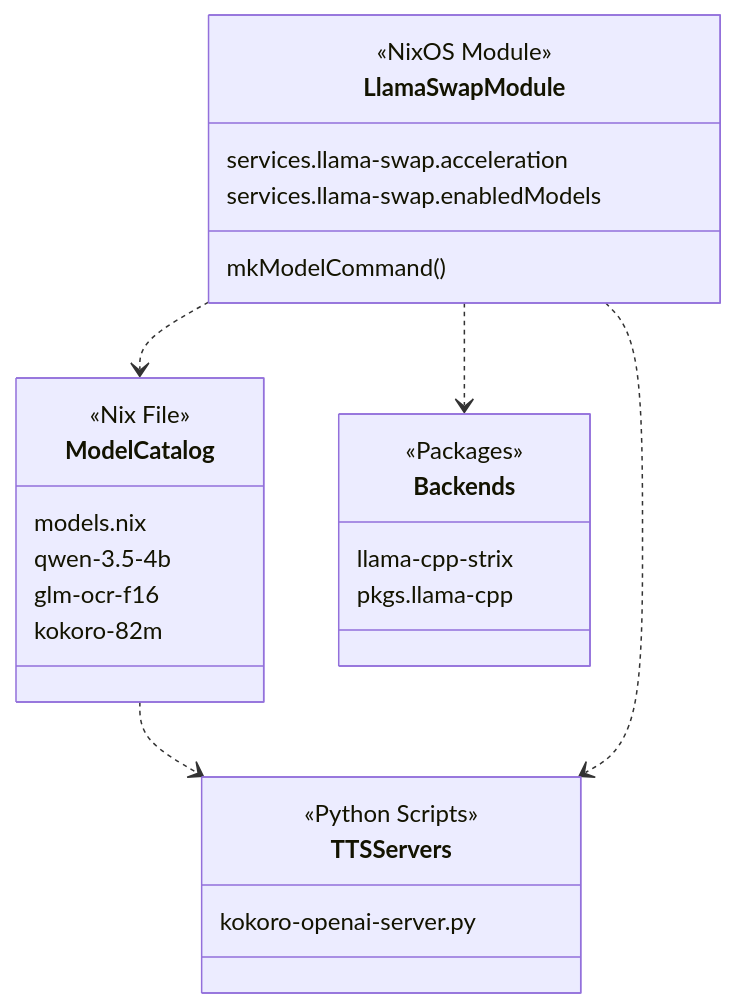
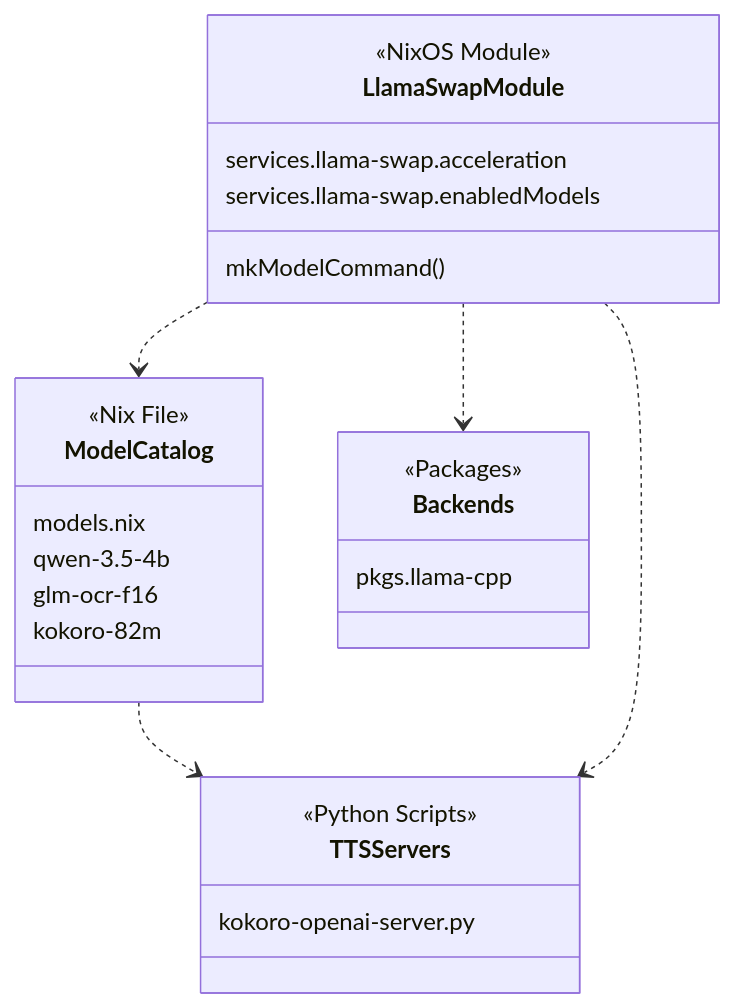
The diagram in docs/llama-swap-LLM-Orchestration-Service.md (Cody-W-Tucker/nix-config), drawn with Mermaid before and after one commit. The commit also changed other lines of this file and 24 other files, not shown here.

````diff
--- a/docs/llama-swap-LLM-Orchestration-Service.md
+++ b/docs/llama-swap-LLM-Orchestration-Service.md
@@ -88,29 +88,28 @@
 ```mermaid
 classDiagram
     class LlamaSwapModule {
         <<NixOS Module>>
         services.llama-swap.acceleration
         services.llama-swap.enabledModels
         mkModelCommand()
     }
     class ModelCatalog {
         <<Nix File>>
         models.nix
         qwen-3.5-4b
         glm-ocr-f16
         kokoro-82m
     }
     class TTSServers {
         <<Python Scripts>>
         kokoro-openai-server.py
     }
     class Backends {
         <<Packages>>
-        llama-cpp-strix
         pkgs.llama-cpp
     }
     LlamaSwapModule ..> ModelCatalog
     LlamaSwapModule ..> Backends
     ModelCatalog ..> TTSServers
     LlamaSwapModule ..> TTSServers
 ```
````
